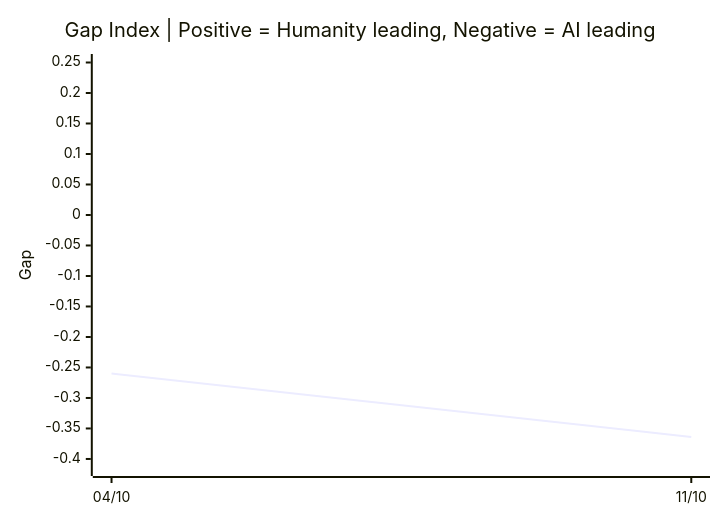
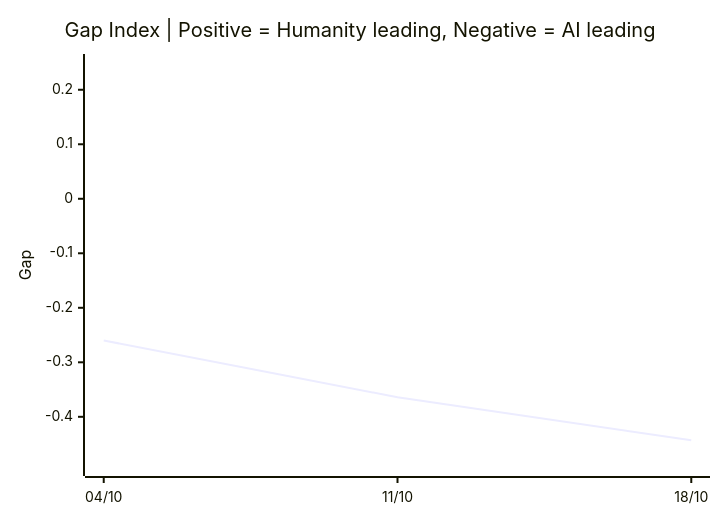
The second of 3 diagrams in README.md (VQQLK/Human-AI-Monitor), drawn with Mermaid before and after one commit. The commit also changed other lines of this file and 10 other files, not shown here.

````diff
--- a/README.md
+++ b/README.md
@@ -45,7 +45,7 @@
 ```mermaid
 xychart-beta
     title "Gap Index | Positive = Humanity leading, Negative = AI leading"
-    x-axis ["04/10", "11/10"]
-    y-axis "Gap" -0.414 --> 0.250
-    line [-0.260, -0.364]
+    x-axis ["04/10", "11/10", "18/10"]
+    y-axis "Gap" -0.493 --> 0.250
+    line [-0.260, -0.364, -0.443]
 ```
````
